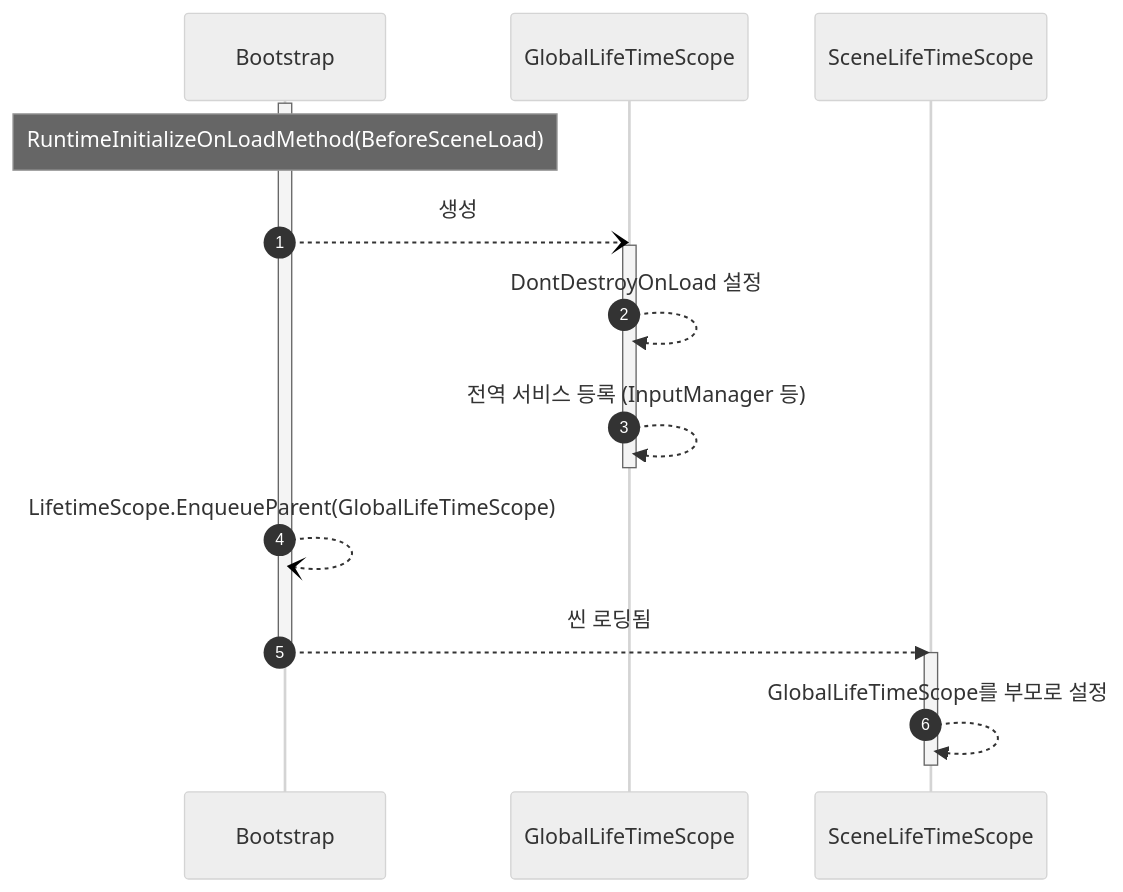
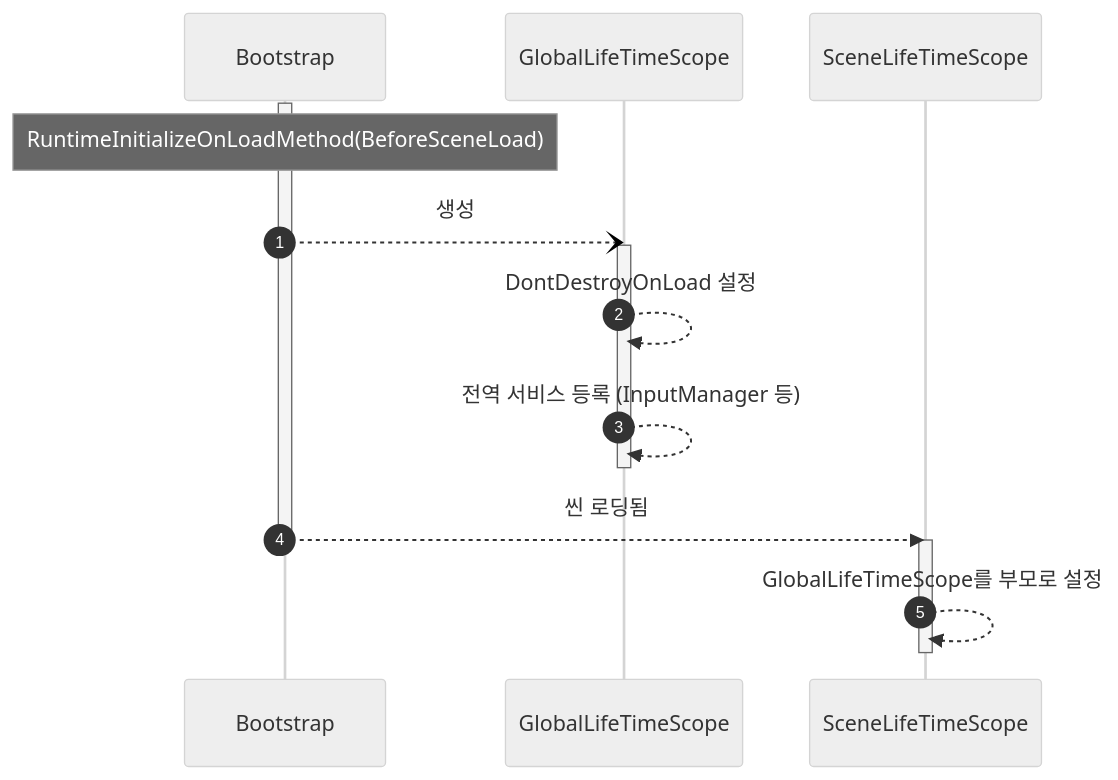
Before and after one commit to JIN5EOK/DungeonShooter: the second of 2 diagrams in README/의존성관리_설계.md, drawn with Mermaid (neutral theme). The commit also changed other lines of this file and 3 other files, not shown here.

````diff
--- a/README/의존성관리_설계.md
+++ b/README/의존성관리_설계.md
@@ -18,20 +17,19 @@
 ```mermaid
 sequenceDiagram
     autonumber
     participant Bootstrap
     participant GlobalLifeTimeScope
     participant SceneLifeTimeScope
     activate Bootstrap
     note over Bootstrap: RuntimeInitializeOnLoadMethod(BeforeSceneLoad)
     Bootstrap--)GlobalLifeTimeScope: 생성
     activate GlobalLifeTimeScope
     GlobalLifeTimeScope-->>GlobalLifeTimeScope: DontDestroyOnLoad 설정
     GlobalLifeTimeScope-->>GlobalLifeTimeScope: 전역 서비스 등록 (InputManager 등)
     deactivate GlobalLifeTimeScope
-    Bootstrap--)Bootstrap: LifetimeScope.EnqueueParent(GlobalLifeTimeScope)
     Bootstrap-->>SceneLifeTimeScope: 씬 로딩됨
     deactivate Bootstrap
     activate SceneLifeTimeScope
     SceneLifeTimeScope-->>SceneLifeTimeScope: GlobalLifeTimeScope를 부모로 설정
     deactivate SceneLifeTimeScope
 ```
````
